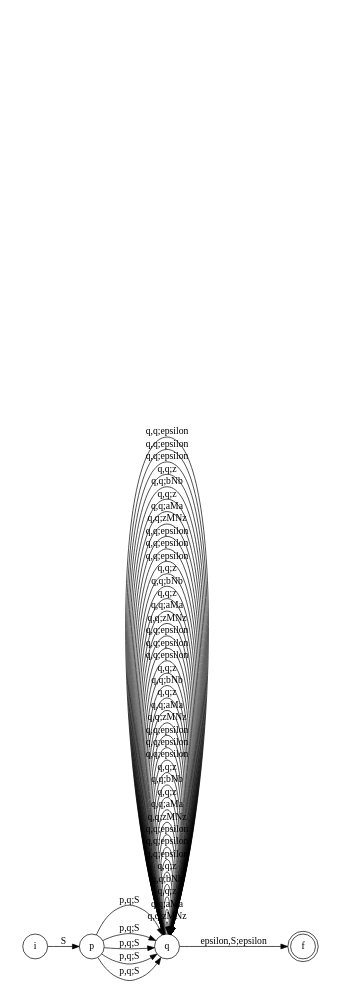
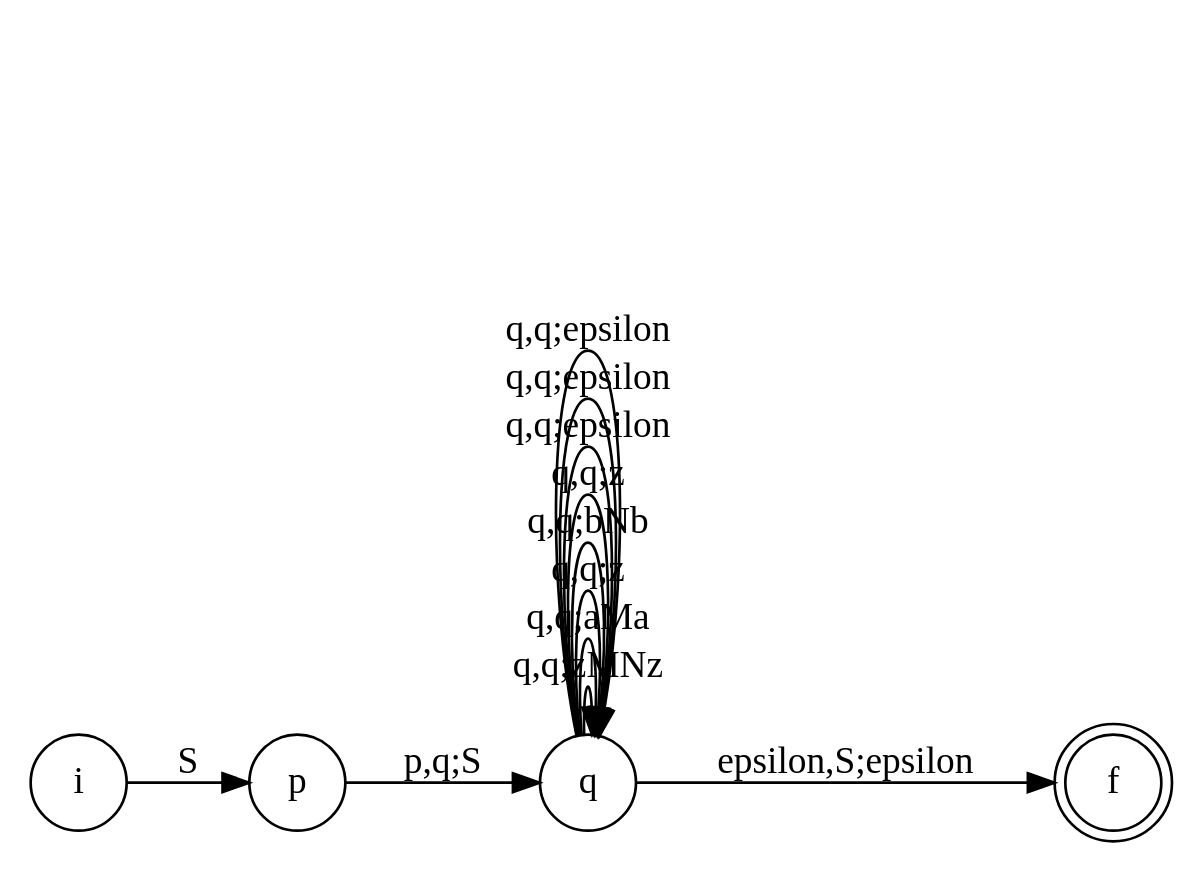
One commit to JDVelasquezO/Project2_LFP changed the diagram in ap.gv. Above: the diagram before and after it, drawn with Graphviz. The commit also changed 10 other files, not shown here.

```diff
--- a/ap.gv
+++ b/ap.gv
@@ -1,54 +1,18 @@
 // gram1
 digraph {
 	rankdir=LR size="8,5"
 	node [shape=doublecircle]
 	f
 	node [shape=circle]
 	i -> p [label=S]
 	p -> q [label="p,q;S"]
 	q -> q [label="q,q;zMNz"]
 	q -> q [label="q,q;aMa"]
 	q -> q [label="q,q;z"]
 	q -> q [label="q,q;bNb"]
 	q -> q [label="q,q;z"]
 	q -> q [label="q,q;epsilon"]
 	q -> q [label="q,q;epsilon"]
 	q -> q [label="q,q;epsilon"]
-	p -> q [label="p,q;S"]
-	q -> q [label="q,q;zMNz"]
-	q -> q [label="q,q;aMa"]
-	q -> q [label="q,q;z"]
-	q -> q [label="q,q;bNb"]
-	q -> q [label="q,q;z"]
-	q -> q [label="q,q;epsilon"]
-	q -> q [label="q,q;epsilon"]
-	q -> q [label="q,q;epsilon"]
-	p -> q [label="p,q;S"]
-	q -> q [label="q,q;zMNz"]
-	q -> q [label="q,q;aMa"]
-	q -> q [label="q,q;z"]
-	q -> q [label="q,q;bNb"]
-	q -> q [label="q,q;z"]
-	q -> q [label="q,q;epsilon"]
-	q -> q [label="q,q;epsilon"]
-	q -> q [label="q,q;epsilon"]
-	p -> q [label="p,q;S"]
-	q -> q [label="q,q;zMNz"]
-	q -> q [label="q,q;aMa"]
-	q -> q [label="q,q;z"]
-	q -> q [label="q,q;bNb"]
-	q -> q [label="q,q;z"]
-	q -> q [label="q,q;epsilon"]
-	q -> q [label="q,q;epsilon"]
-	q -> q [label="q,q;epsilon"]
-	p -> q [label="p,q;S"]
-	q -> q [label="q,q;zMNz"]
-	q -> q [label="q,q;aMa"]
-	q -> q [label="q,q;z"]
-	q -> q [label="q,q;bNb"]
-	q -> q [label="q,q;z"]
-	q -> q [label="q,q;epsilon"]
-	q -> q [label="q,q;epsilon"]
-	q -> q [label="q,q;epsilon"]
 	q -> f [label="epsilon,S;epsilon"]
 }
```
